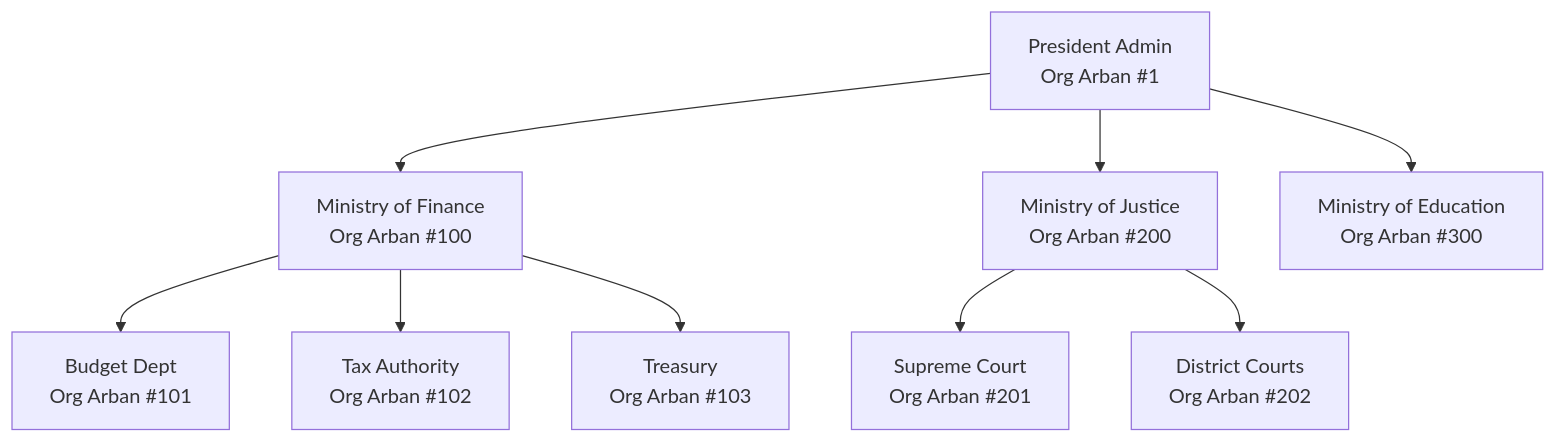
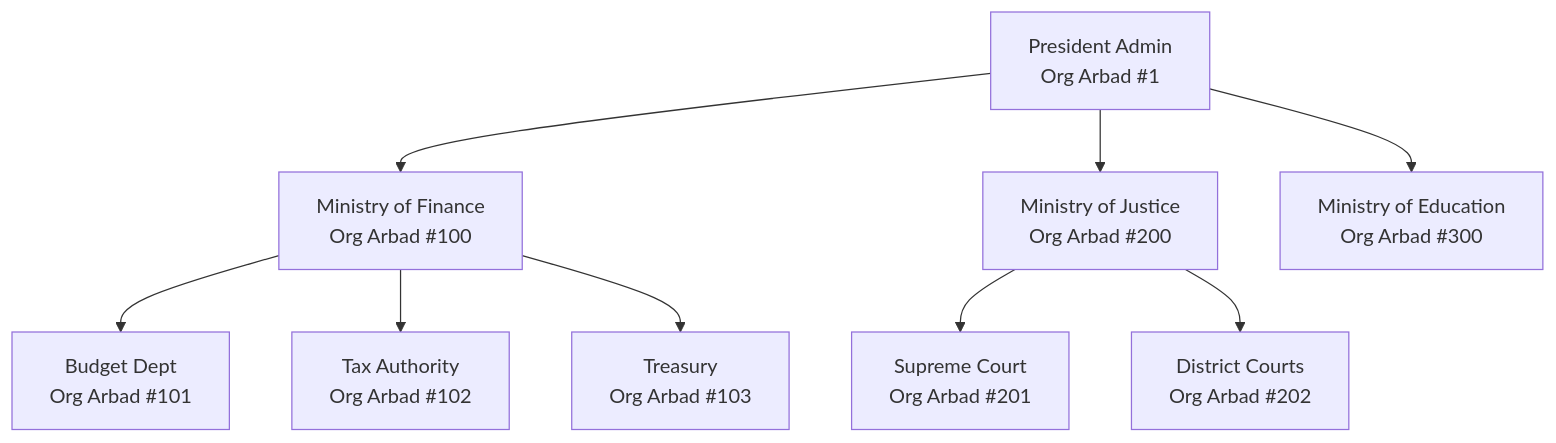
One commit to Khongirad/INOMAD changed the third of 4 diagrams in docs/architecture/ARBAN_SYSTEM_GUIDE.md. Above: the diagram before and after it, drawn with Mermaid. The commit also changed other lines of this file and 217 other files, not shown here.

````diff
--- a/docs/architecture/ARBAN_SYSTEM_GUIDE.md
+++ b/docs/architecture/ARBAN_SYSTEM_GUIDE.md
@@ -224,13 +224,13 @@
 ```mermaid
 graph TD
-    A[President Admin<br/>Org Arban #1] --> B[Ministry of Finance<br/>Org Arban #100]
-    A --> C[Ministry of Justice<br/>Org Arban #200]
-    A --> D[Ministry of Education<br/>Org Arban #300]
+    A[President Admin<br/>Org Arbad #1] --> B[Ministry of Finance<br/>Org Arbad #100]
+    A --> C[Ministry of Justice<br/>Org Arbad #200]
+    A --> D[Ministry of Education<br/>Org Arbad #300]
     
-    B --> B1[Budget Dept<br/>Org Arban #101]
-    B --> B2[Tax Authority<br/>Org Arban #102]
-    B --> B3[Treasury<br/>Org Arban #103]
+    B --> B1[Budget Dept<br/>Org Arbad #101]
+    B --> B2[Tax Authority<br/>Org Arbad #102]
+    B --> B3[Treasury<br/>Org Arbad #103]
     
-    C --> C1[Supreme Court<br/>Org Arban #201]
-    C --> C2[District Courts<br/>Org Arban #202]
+    C --> C1[Supreme Court<br/>Org Arbad #201]
+    C --> C2[District Courts<br/>Org Arbad #202]
 ```
````
